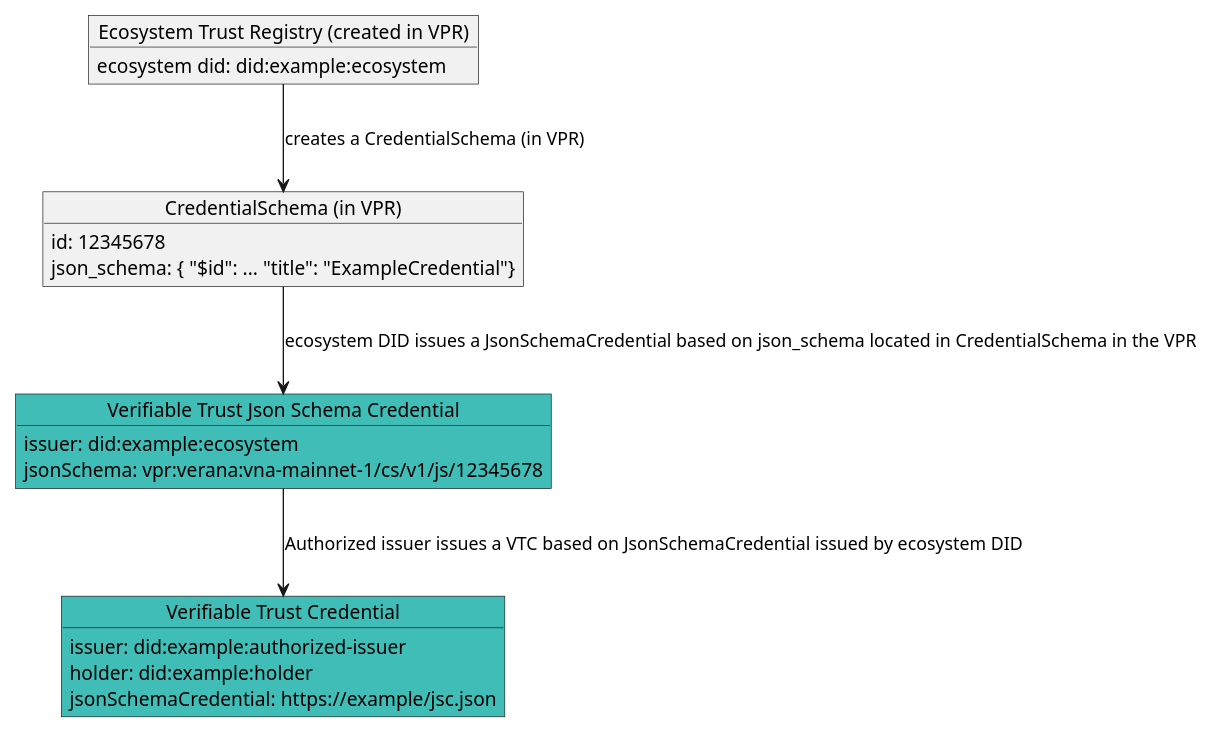
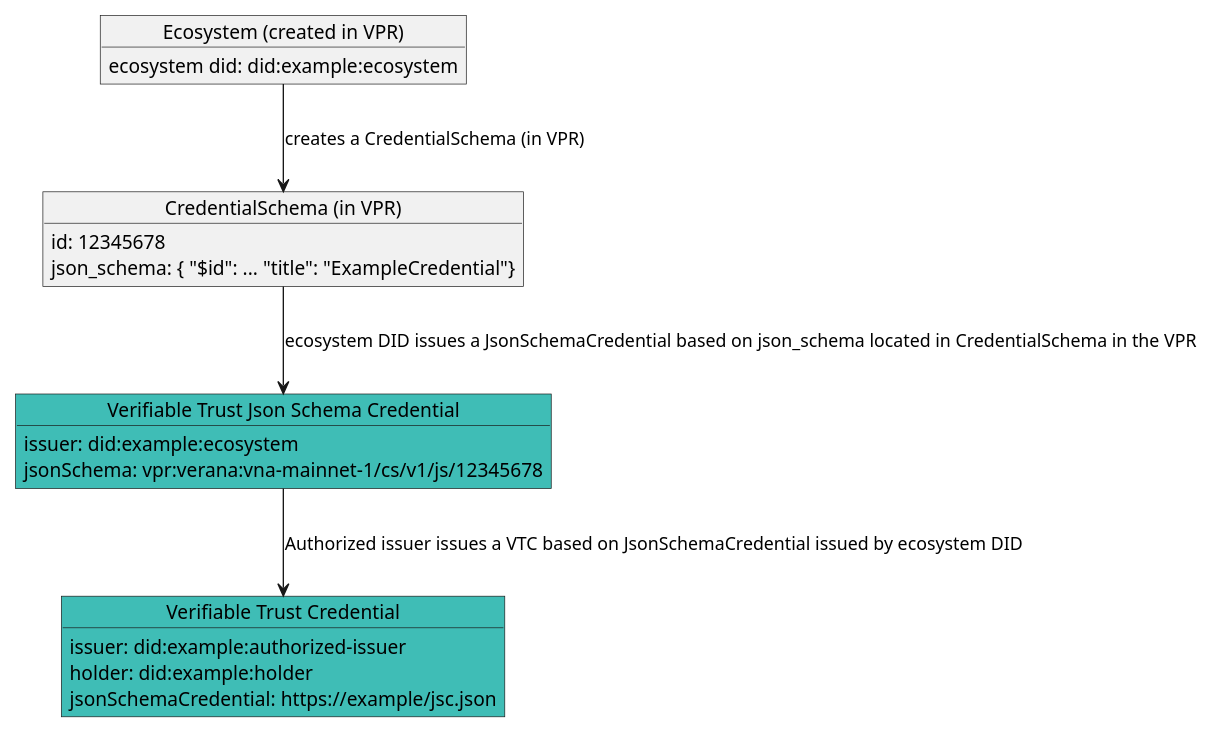
The fourth of 6 diagrams in spec.md (verana-labs/verifiable-trust-spec), drawn with PlantUML before and after one commit. The commit also changed other lines of this file and 4 other files, not shown here.

````diff
--- a/spec.md
+++ b/spec.md
@@ -464,29 +473,29 @@
 ```plantuml
 
 @startuml
 scale max 800 width
-object "Ecosystem Trust Registry (created in VPR)" as es {
+object "Ecosystem (created in VPR)" as es {
   ecosystem did: did:example:ecosystem
 }
 object "CredentialSchema (in VPR)" as cs {
   id: 12345678
   json_schema: { "$id": ... "title": "ExampleCredential"}
 }
 object "Verifiable Trust Json Schema Credential" as jsc #3fbdb6 {
   issuer: did:example:ecosystem
   jsonSchema: vpr:verana:vna-mainnet-1/cs/v1/js/12345678
 }
 
 object "Verifiable Trust Credential" as vscred #3fbdb6 {
   issuer: did:example:authorized-issuer
   holder: did:example:holder
   jsonSchemaCredential: https://example/jsc.json
 }
 
  jsc --> vscred: Authorized issuer issues a VTC based on JsonSchemaCredential issued by ecosystem DID
 cs --> jsc : ecosystem DID issues a JsonSchemaCredential based on json_schema located in CredentialSchema in the VPR
 es --> cs : creates a CredentialSchema (in VPR)
 
 @enduml
 
 ```
````
